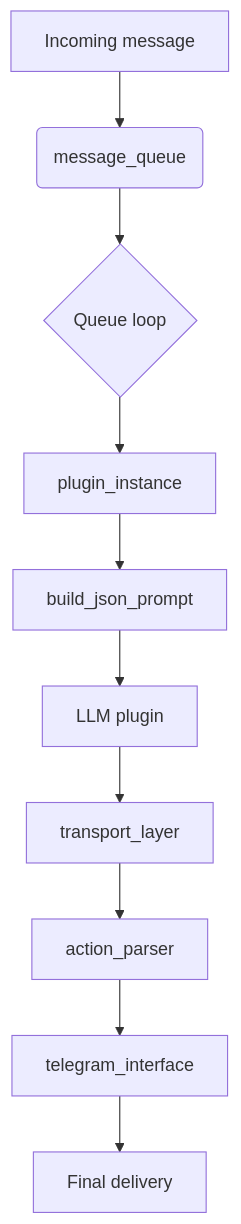
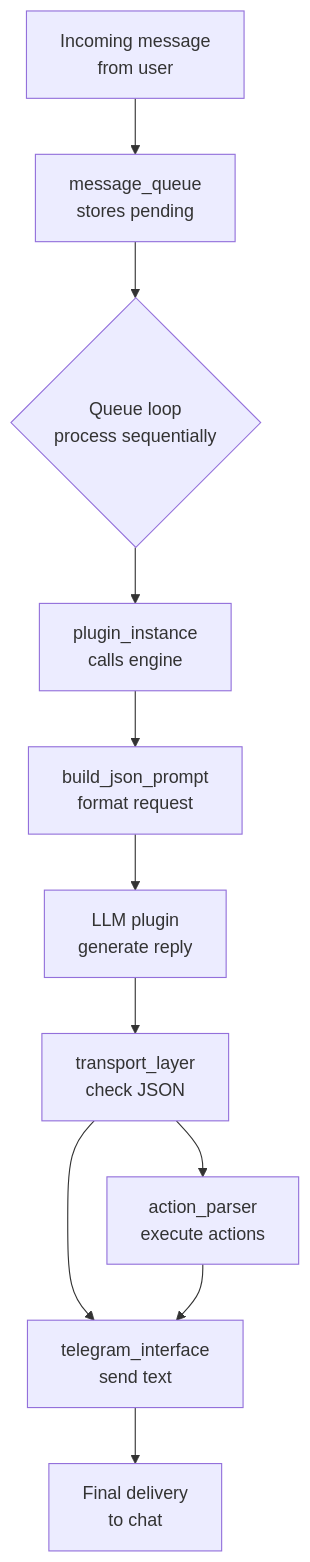
The diagram in README.md (XargonWan/Rekku_Freedom_Project), drawn with Mermaid before and after one commit.

Commit message:
Improve message flow diagram (#97)

````diff
--- a/README.md
+++ b/README.md
@@ -77,12 +77,13 @@
 ```mermaid
 graph TD
-    A[Incoming message] --> B(message_queue)
-    B --> C{Queue loop}
-    C --> D[plugin_instance]
-    D --> E[build_json_prompt]
-    E --> F[LLM plugin]
-    F --> G[transport_layer]
-    G --> H[action_parser]
-    H --> I[telegram_interface]
-    I --> J[Final delivery]
+    A[Incoming message<br/>from user] --> B[message_queue<br/>stores pending]
+    B --> C{Queue loop<br/>process sequentially}
+    C --> D[plugin_instance<br/>calls engine]
+    D --> E[build_json_prompt<br/>format request]
+    E --> F[LLM plugin<br/>generate reply]
+    F --> G[transport_layer<br/>check JSON]
+    G --> H[action_parser<br/>execute actions]
+    G --> I[telegram_interface<br/>send text]
+    H --> I
+    I --> J[Final delivery<br/>to chat]
 ```
````
